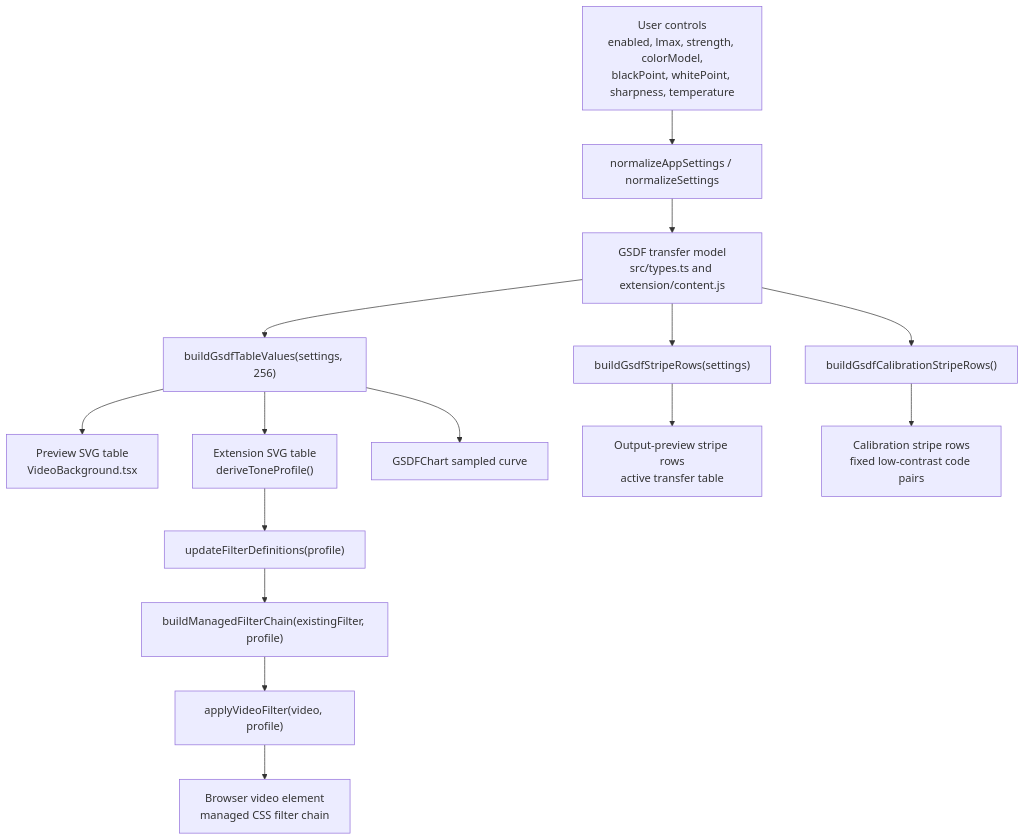
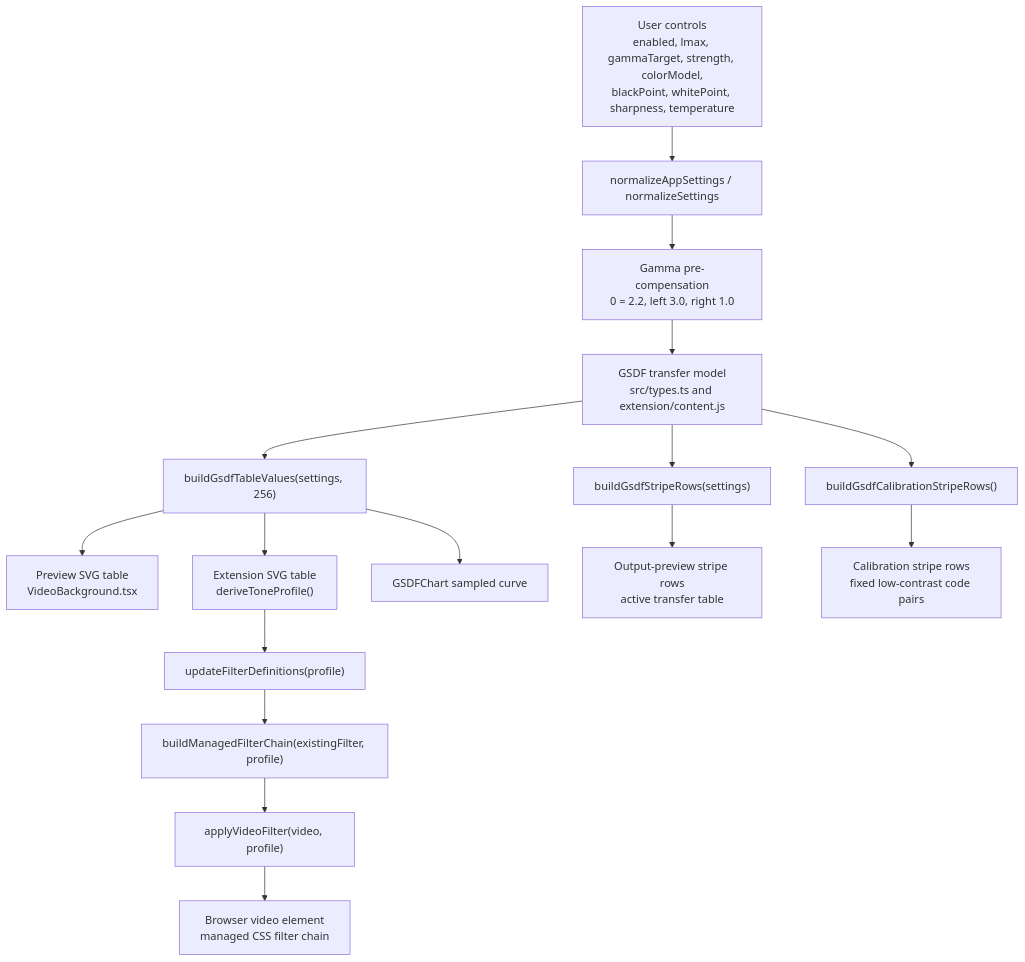
One commit to pingqLIN/gsdf-eotf-video-adjuster changed the first of 3 diagrams in docs/gsdf-model.md. Above: the diagram before and after it, drawn with Mermaid. The commit also changed other lines of this file and 14 other files, not shown here.

Commit message:
feat: add pre-GSDF gamma compensation

````diff
--- a/docs/gsdf-model.md
+++ b/docs/gsdf-model.md
@@ -75,17 +80,18 @@
 ```mermaid
 flowchart TD
-  A["User controls<br/>enabled, lmax, strength, colorModel,<br/>blackPoint, whitePoint, sharpness, temperature"] --> B["normalizeAppSettings / normalizeSettings"]
-  B --> C["GSDF transfer model<br/>src/types.ts and extension/content.js"]
-  C --> D["buildGsdfTableValues(settings, 256)"]
-  C --> E["buildGsdfStripeRows(settings)"]
-  C --> F["buildGsdfCalibrationStripeRows()"]
-  D --> G["Preview SVG table<br/>VideoBackground.tsx"]
-  D --> H["Extension SVG table<br/>deriveToneProfile()"]
-  D --> I["GSDFChart sampled curve"]
-  E --> J["Output-preview stripe rows<br/>active transfer table"]
-  F --> K["Calibration stripe rows<br/>fixed low-contrast code pairs"]
-  H --> L["updateFilterDefinitions(profile)"]
-  L --> M["buildManagedFilterChain(existingFilter, profile)"]
-  M --> N["applyVideoFilter(video, profile)"]
-  N --> O["Browser video element<br/>managed CSS filter chain"]
+  A["User controls<br/>enabled, lmax, gammaTarget, strength, colorModel,<br/>blackPoint, whitePoint, sharpness, temperature"] --> B["normalizeAppSettings / normalizeSettings"]
+  B --> C["Gamma pre-compensation<br/>0 = 2.2, left 3.0, right 1.0"]
+  C --> D["GSDF transfer model<br/>src/types.ts and extension/content.js"]
+  D --> E["buildGsdfTableValues(settings, 256)"]
+  D --> F["buildGsdfStripeRows(settings)"]
+  D --> G["buildGsdfCalibrationStripeRows()"]
+  E --> H["Preview SVG table<br/>VideoBackground.tsx"]
+  E --> I["Extension SVG table<br/>deriveToneProfile()"]
+  E --> J["GSDFChart sampled curve"]
+  F --> K["Output-preview stripe rows<br/>active transfer table"]
+  G --> L["Calibration stripe rows<br/>fixed low-contrast code pairs"]
+  I --> M["updateFilterDefinitions(profile)"]
+  M --> N["buildManagedFilterChain(existingFilter, profile)"]
+  N --> O["applyVideoFilter(video, profile)"]
+  O --> P["Browser video element<br/>managed CSS filter chain"]
 ```
````
